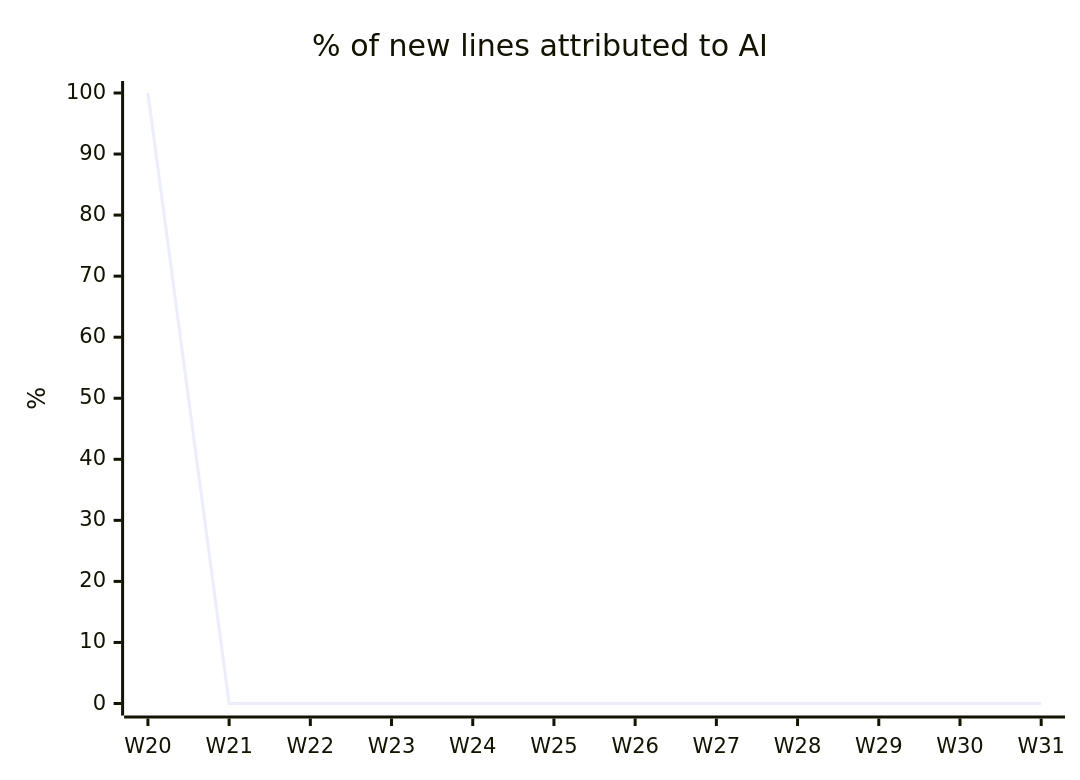
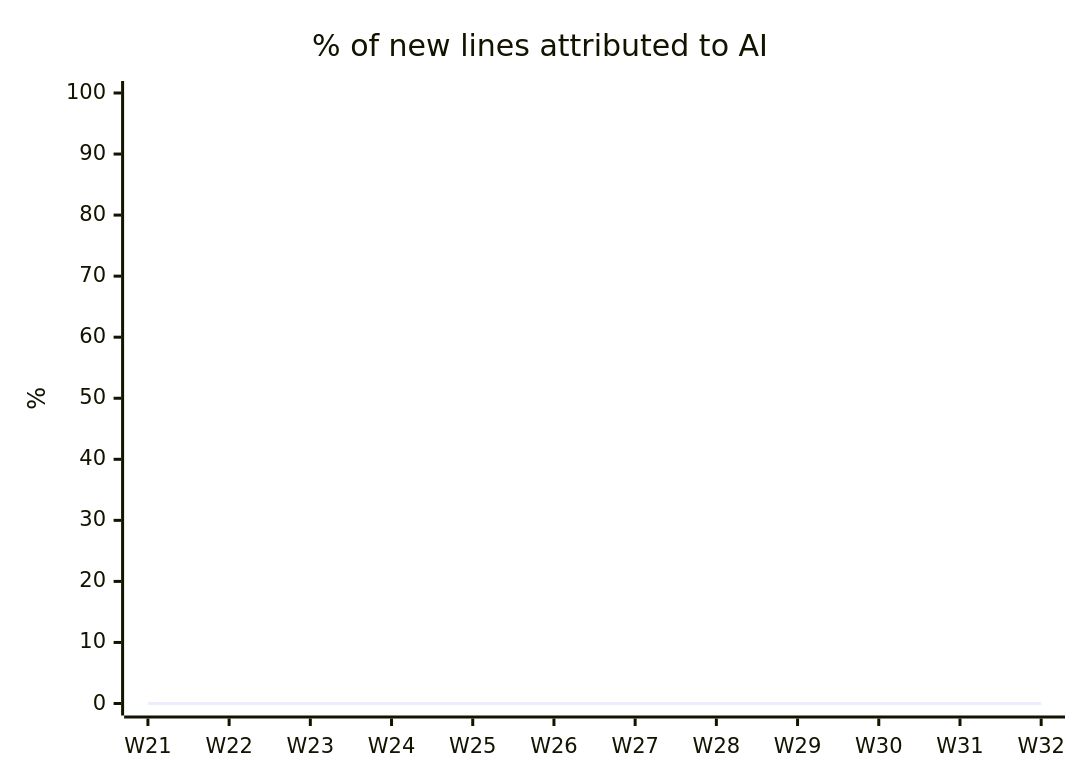
Before and after one commit to fromwaydowntown/ai-use: the diagram in docs/AI_USAGE.md, drawn with Mermaid. The commit also changed other lines of this file, not shown here.

````diff
--- a/docs/AI_USAGE.md
+++ b/docs/AI_USAGE.md
@@ -17,7 +17,7 @@
 ```mermaid
 xychart-beta
     title "% of new lines attributed to AI"
-    x-axis ["W20", "W21", "W22", "W23", "W24", "W25", "W26", "W27", "W28", "W29", "W30", "W31"]
+    x-axis ["W21", "W22", "W23", "W24", "W25", "W26", "W27", "W28", "W29", "W30", "W31", "W32"]
     y-axis "%" 0 --> 100
-    line [100, 0, 0, 0, 0, 0, 0, 0, 0, 0, 0, 0]
+    line [0, 0, 0, 0, 0, 0, 0, 0, 0, 0, 0, 0]
 ```
````
